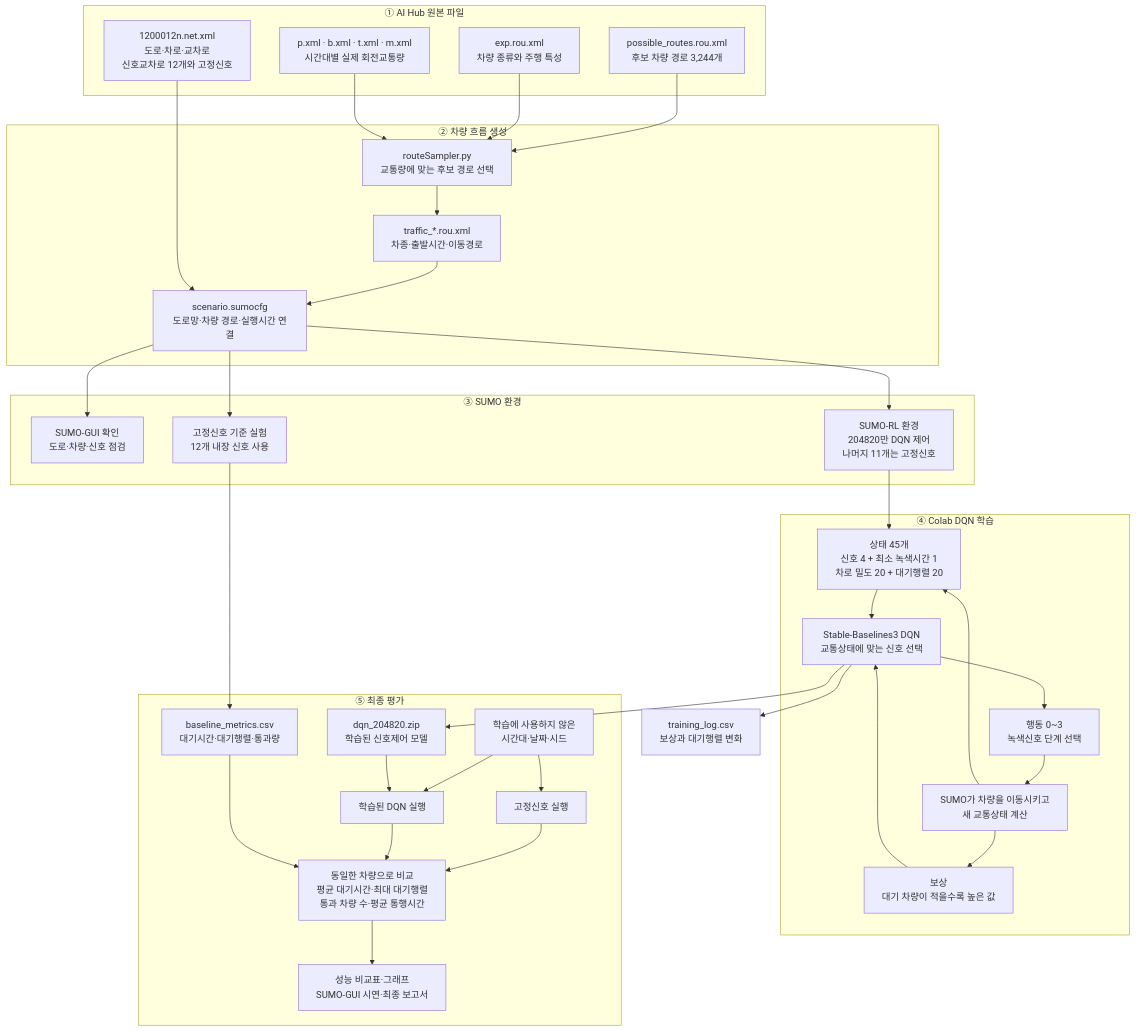
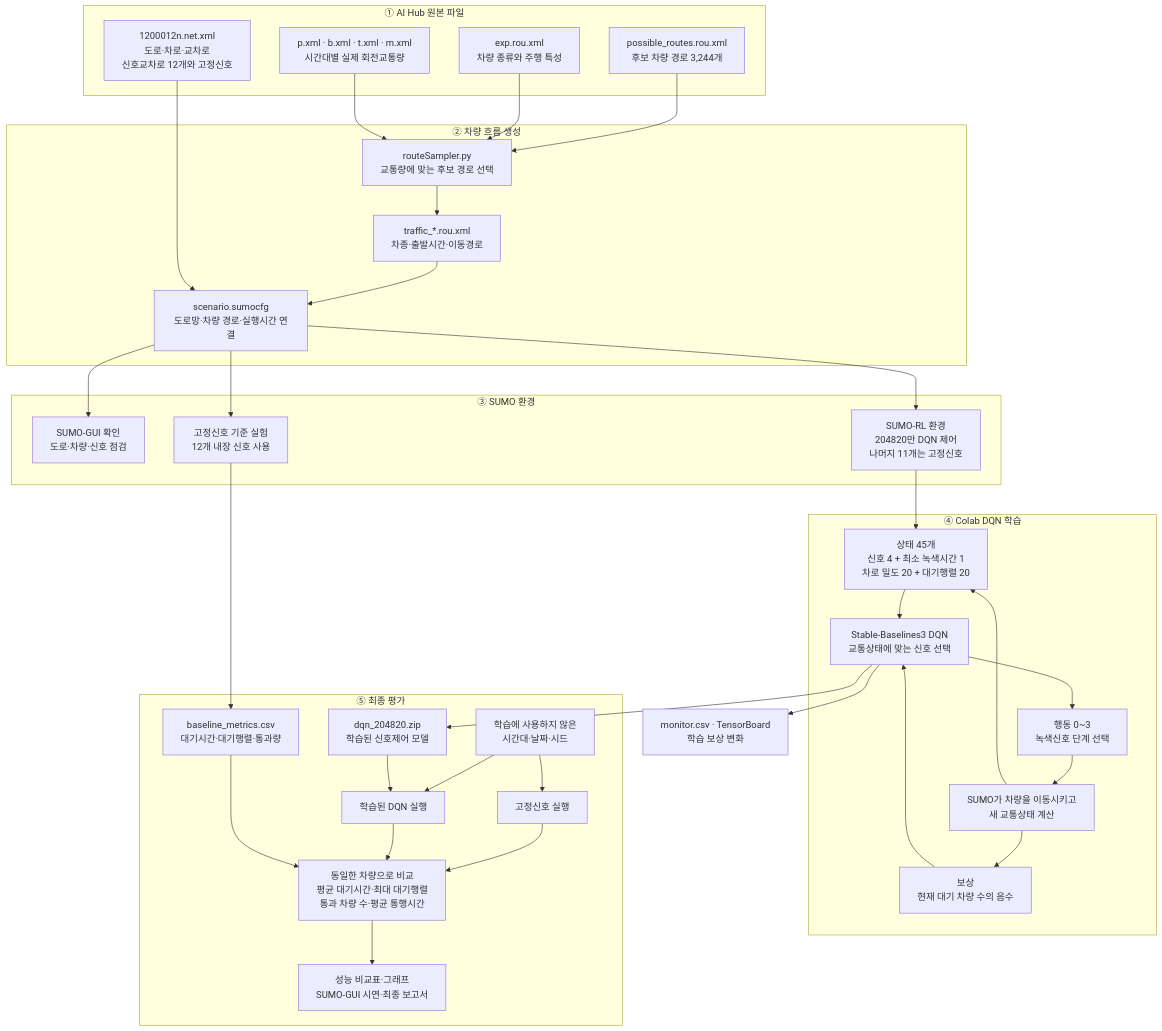
One commit to wkdus0608/FutureTraffic changed the diagram in README.md. Above: the diagram before and after it, drawn with Mermaid. The commit also changed other lines of this file and 10 other files, not shown here.

````diff
--- a/README.md
+++ b/README.md
@@ -16,69 +17,69 @@
 ```mermaid
 flowchart TD
     subgraph RAW["① AI Hub 원본 파일"]
         NET["1200012n.net.xml<br/>도로·차로·교차로<br/>신호교차로 12개와 고정신호"]
         ROUTES["possible_routes.rou.xml<br/>후보 차량 경로 3,244개"]
         TYPES["exp.rou.xml<br/>차량 종류와 주행 특성"]
         TURN["p.xml · b.xml · t.xml · m.xml<br/>시간대별 실제 회전교통량"]
     end
 
     ROUTES --> SAMPLER
     TYPES --> SAMPLER
     TURN --> SAMPLER
 
     subgraph PRE["② 차량 흐름 생성"]
         SAMPLER["routeSampler.py<br/>교통량에 맞는 후보 경로 선택"]
         ROUTEFILE["traffic_*.rou.xml<br/>차종·출발시간·이동경로"]
         CONFIG["scenario.sumocfg<br/>도로망·차량 경로·실행시간 연결"]
         SAMPLER --> ROUTEFILE
         ROUTEFILE --> CONFIG
         NET --> CONFIG
     end
 
     CONFIG --> CHECK
     CONFIG --> BASE
     CONFIG --> ENV
 
     subgraph SUMO["③ SUMO 환경"]
         CHECK["SUMO-GUI 확인<br/>도로·차량·신호 점검"]
         BASE["고정신호 기준 실험<br/>12개 내장 신호 사용"]
         ENV["SUMO-RL 환경<br/>204820만 DQN 제어<br/>나머지 11개는 고정신호"]
     end
 
     BASE --> BASEOUT["baseline_metrics.csv<br/>대기시간·대기행렬·통과량"]
 
     subgraph TRAIN["④ Colab DQN 학습"]
         OBS["상태 45개<br/>신호 4 + 최소 녹색시간 1<br/>차로 밀도 20 + 대기행렬 20"]
         DQN["Stable-Baselines3 DQN<br/>교통상태에 맞는 신호 선택"]
         ACTION["행동 0~3<br/>녹색신호 단계 선택"]
         RESULT["SUMO가 차량을 이동시키고<br/>새 교통상태 계산"]
-        REWARD["보상<br/>대기 차량이 적을수록 높은 값"]
+        REWARD["보상<br/>현재 대기 차량 수의 음수"]
 
         ENV --> OBS
         OBS --> DQN
         DQN --> ACTION
         ACTION --> RESULT
         RESULT --> OBS
         RESULT --> REWARD
         REWARD --> DQN
     end
 
     DQN --> MODEL["dqn_204820.zip<br/>학습된 신호제어 모델"]
-    DQN --> LOG["training_log.csv<br/>보상과 대기행렬 변화"]
+    DQN --> LOG["monitor.csv · TensorBoard<br/>학습 보상 변화"]
 
     subgraph EVAL["⑤ 최종 평가"]
         TEST["학습에 사용하지 않은<br/>시간대·날짜·시드"]
         FIXEDTEST["고정신호 실행"]
         DQNTEST["학습된 DQN 실행"]
         COMPARE["동일한 차량으로 비교<br/>평균 대기시간·최대 대기행렬<br/>통과 차량 수·평균 통행시간"]
         FINAL["성능 비교표·그래프<br/>SUMO-GUI 시연·최종 보고서"]
 
         TEST --> FIXEDTEST
         TEST --> DQNTEST
         MODEL --> DQNTEST
         FIXEDTEST --> COMPARE
         DQNTEST --> COMPARE
         BASEOUT --> COMPARE
         COMPARE --> FINAL
     end
 ```
````
